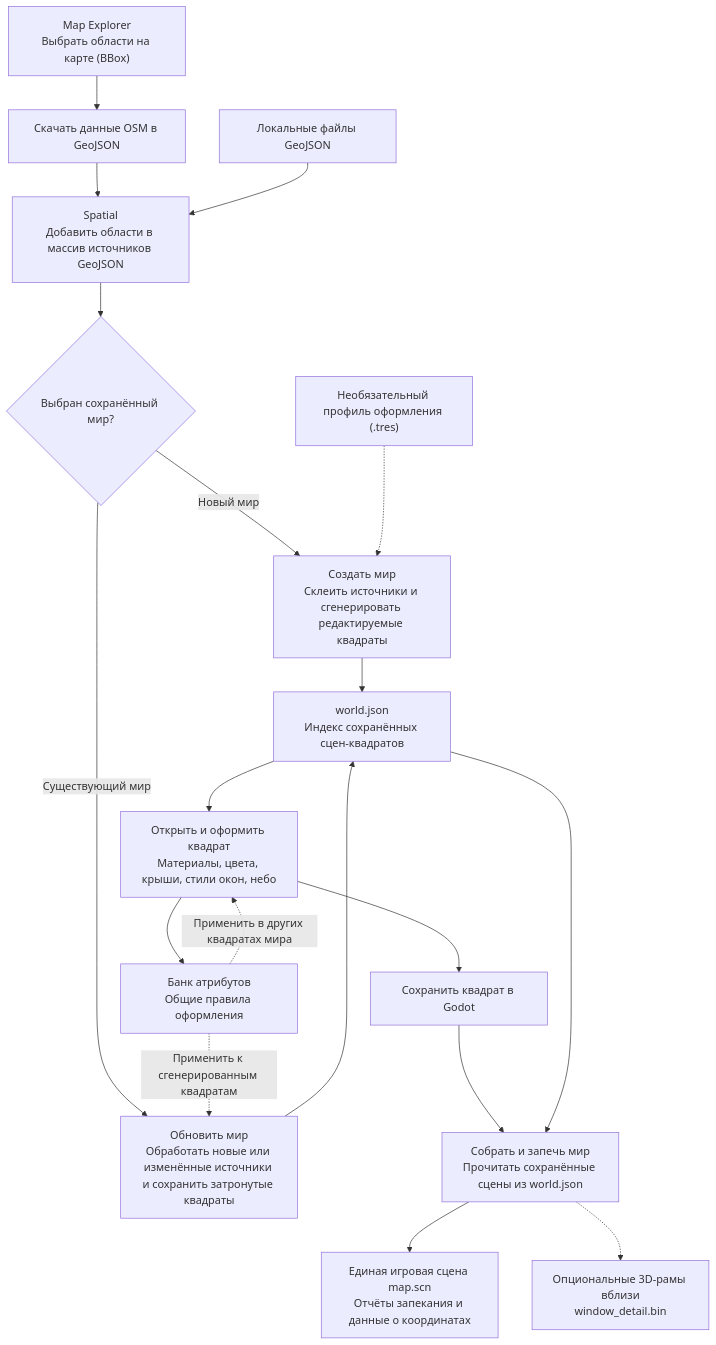
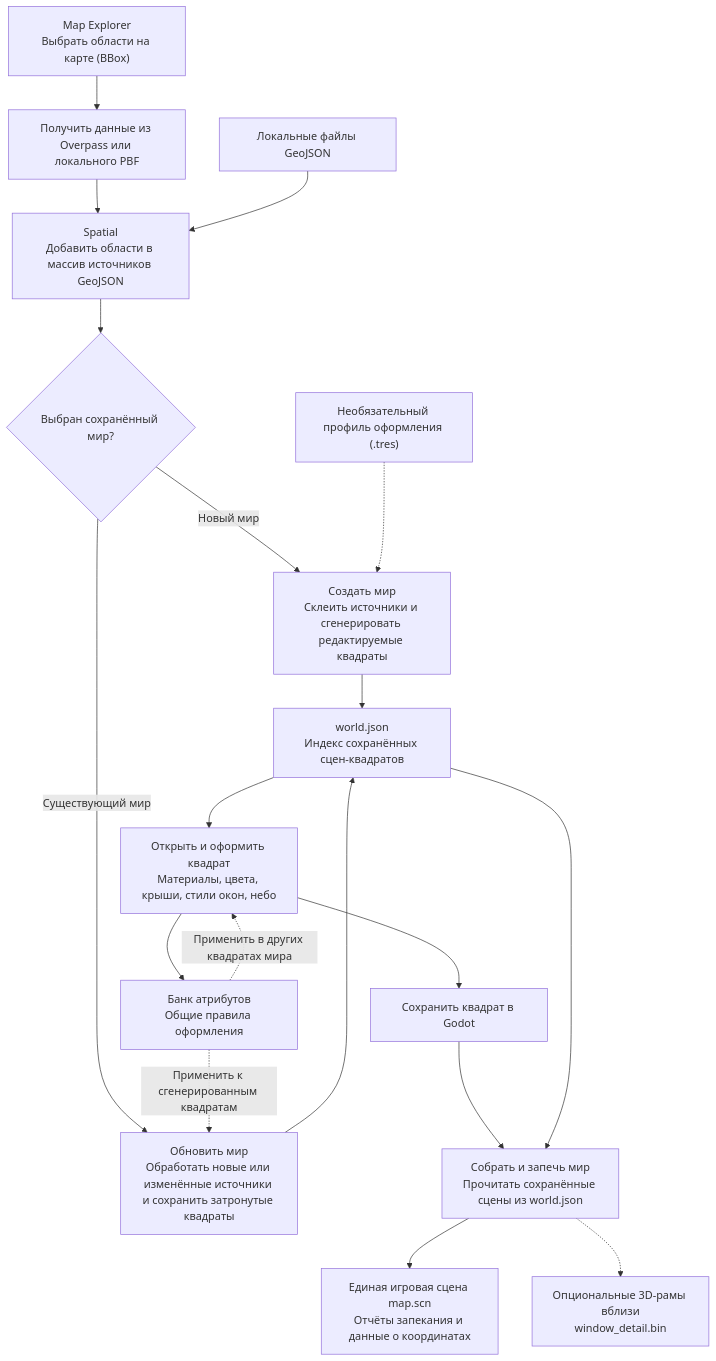
The diagram in README.ru.md (code4bones/godot-spatial-toolkit), drawn with Mermaid before and after one commit. The commit also changed other lines of this file and 122 other files, not shown here.

````diff
--- a/README.ru.md
+++ b/README.ru.md
@@ -24,21 +17,21 @@
 ```mermaid
 flowchart TD
-    MAP["Map Explorer<br/>Выбрать области на карте (BBox)"] --> DOWNLOAD["Скачать данные OSM в GeoJSON"]
+    MAP["Map Explorer<br/>Выбрать области на карте (BBox)"] --> DOWNLOAD["Получить данные из Overpass или локального PBF"]
     DOWNLOAD --> SOURCES["Spatial<br/>Добавить области в массив источников GeoJSON"]
     LOCAL["Локальные файлы GeoJSON"] --> SOURCES
     SOURCES --> SELECTED{"Выбран сохранённый мир?"}
     SELECTED -->|Новый мир| CREATE["Создать мир<br/>Склеить источники и сгенерировать редактируемые квадраты"]
     SELECTED -->|Существующий мир| UPDATE["Обновить мир<br/>Обработать новые или изменённые источники и сохранить затронутые квадраты"]
     PROFILE["Необязательный профиль оформления (.tres)"] -.-> CREATE
     CREATE --> INDEX["world.json<br/>Индекс сохранённых сцен-квадратов"]
     UPDATE --> INDEX
     INDEX --> EDIT["Открыть и оформить квадрат<br/>Материалы, цвета, крыши, стили окон, небо"]
     EDIT --> BANK["Банк атрибутов<br/>Общие правила оформления"]
     BANK -.->|Применить в других квадратах мира| EDIT
     BANK -.->|Применить к сгенерированным квадратам| UPDATE
     EDIT --> SAVE["Сохранить квадрат в Godot"]
     SAVE --> BAKE["Собрать и запечь мир<br/>Прочитать сохранённые сцены из world.json"]
     INDEX --> BAKE
     BAKE --> PLAY["Единая игровая сцена map.scn<br/>Отчёты запекания и данные о координатах"]
     BAKE -.-> WINDOWS["Опциональные 3D-рамы вблизи<br/>window_detail.bin"]
 ```
````
